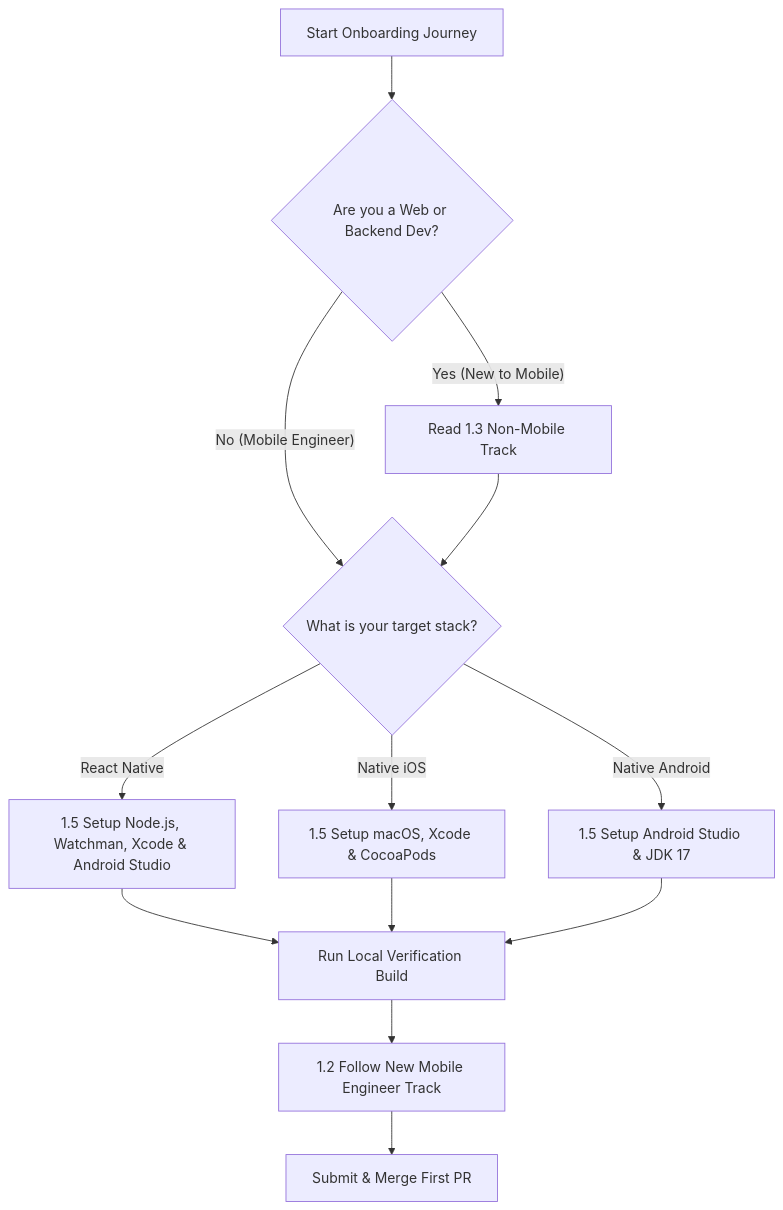
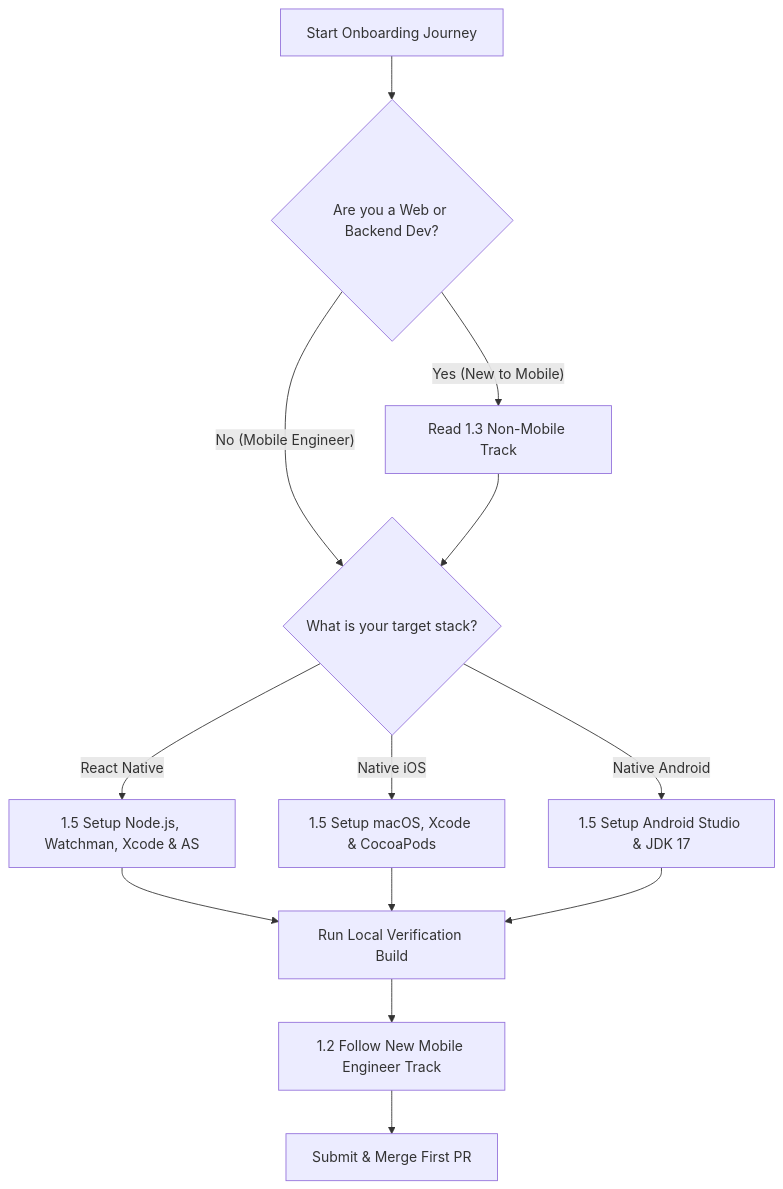
The diagram in README.md (sejeeth11/bitirse-css-styles-guide), drawn with Mermaid before and after one commit. The commit also changed other lines of this file, not shown here.

First line of the commit message:
Revise onboarding hub and roadmap details

```diff
--- a/README.md
+++ b/README.md
@@ -18,20 +18,20 @@
 <pre class="mermaid">
 flowchart TD
     Start["Start Onboarding Journey"] --> Q1{"Are you a Web or Backend Dev?"}
     
     Q1 -- "Yes (New to Mobile)" --> TrackA["Read 1.3 Non-Mobile Track"]
     Q1 -- "No (Mobile Engineer)" --> Q2{"What is your target stack?"}
     
     TrackA --> Q2
     
-    Q2 -- "React Native" --> SetupRN["1.5 Setup Node.js, Watchman, Xcode & Android Studio"]
+    Q2 -- "React Native" --> SetupRN["1.5 Setup Node.js, Watchman, Xcode & AS"]
     Q2 -- "Native iOS" --> SetupIOS["1.5 Setup macOS, Xcode & CocoaPods"]
     Q2 -- "Native Android" --> SetupAndroid["1.5 Setup Android Studio & JDK 17"]
     
     SetupRN --> Verification["Run Local Verification Build"]
     SetupIOS --> Verification
     SetupAndroid --> Verification
     
     Verification --> TrackB["1.2 Follow New Mobile Engineer Track"]
     TrackB --> Done["Submit & Merge First PR"]
 </pre>
```
